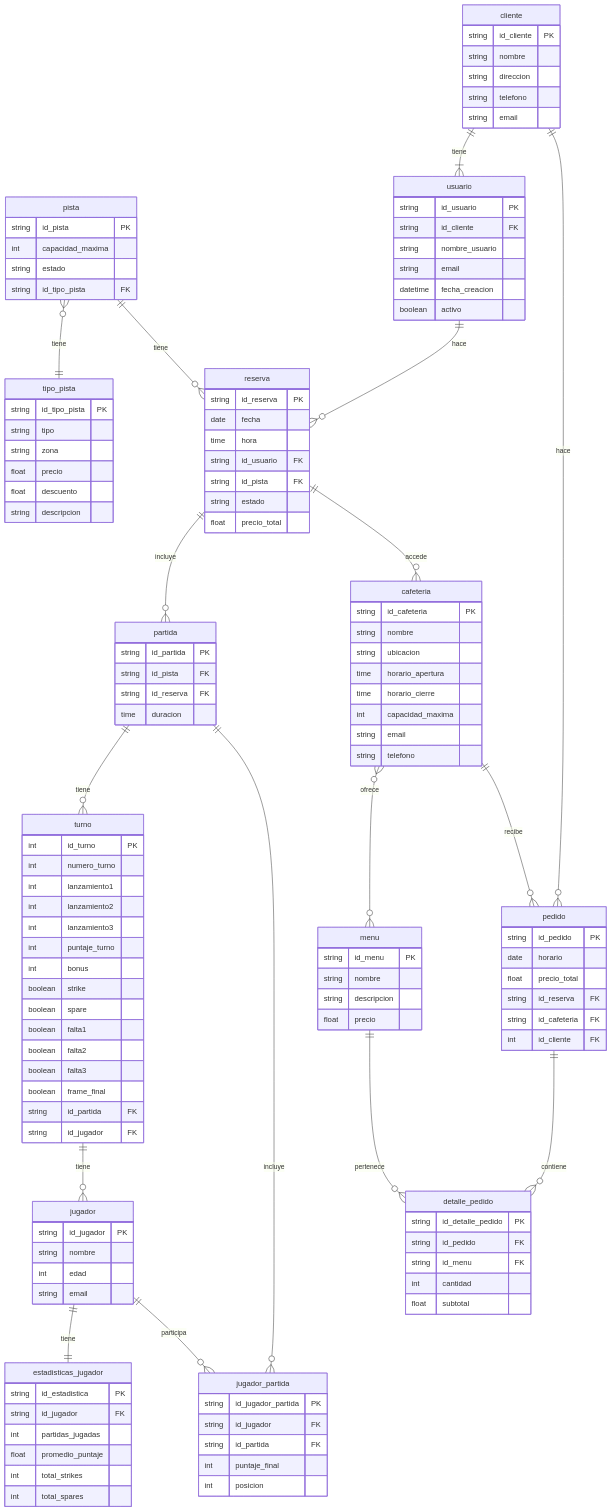
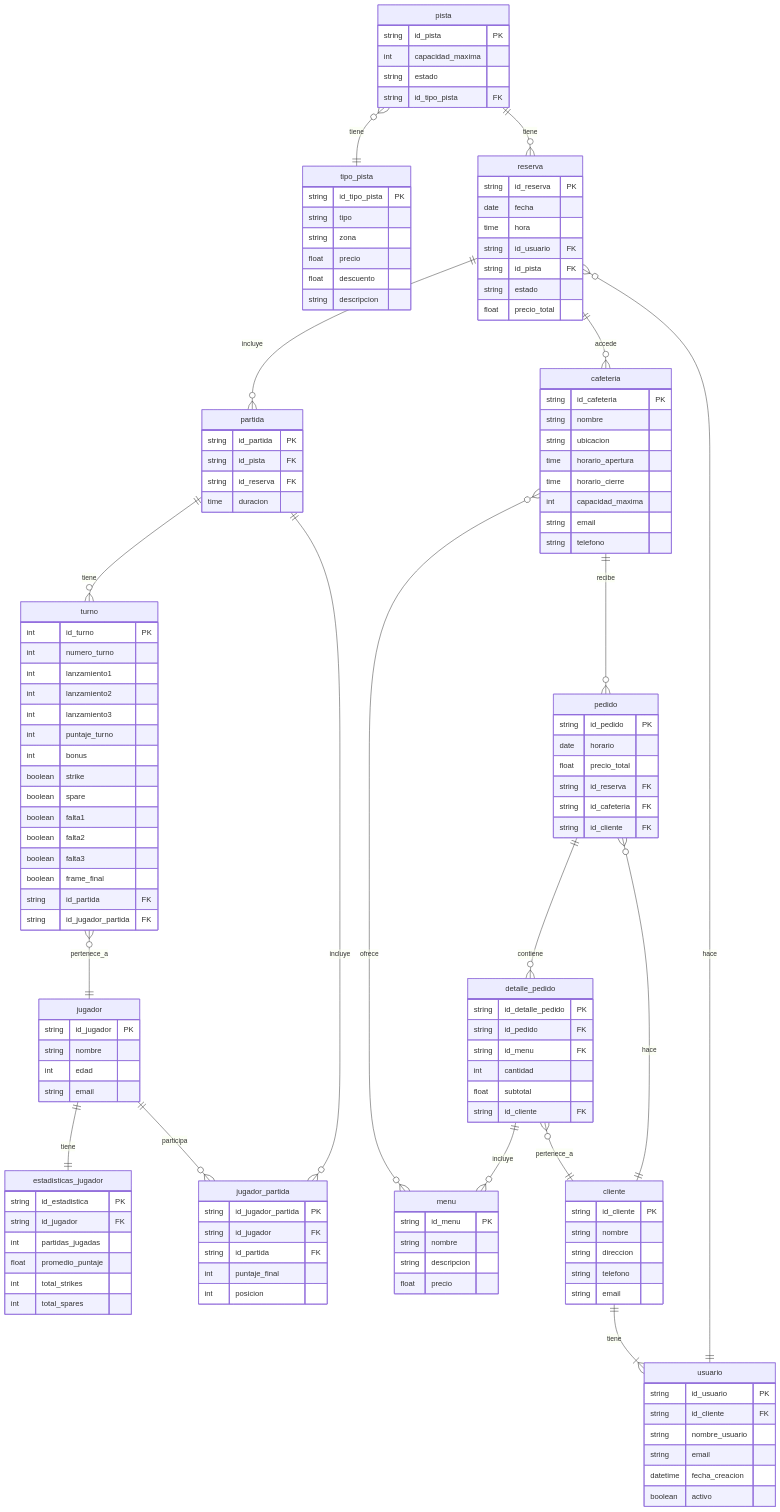
One commit to Villada-PG3/trabajo-practico-integrador-centro-bowling changed the diagram in centro_bowling.mermaid. Above: the diagram before and after it, drawn with Mermaid.

Commit message:
reformo el esqueleto y conexiones

```diff
--- a/centro_bowling.mermaid
+++ b/centro_bowling.mermaid
@@ -1,144 +1,147 @@
 erDiagram
     jugador ||--|| estadisticas_jugador : tiene
     pista }o--|| tipo_pista : tiene
     pista ||--o{ reserva : tiene
     usuario ||--o{ reserva : hace
     reserva ||--o{ partida : incluye
     partida ||--o{ turno : tiene
-    turno ||--o{ jugador : tiene
+    turno }o--|| jugador : pertenece_a
     reserva ||--o{ cafeteria : accede
     cafeteria }o--o{ menu : ofrece
     cafeteria ||--o{ pedido : recibe
     jugador ||--o{ jugador_partida : participa
     partida ||--o{ jugador_partida : incluye
     pedido ||--o{ detalle_pedido : contiene
-    menu ||--o{ detalle_pedido : pertenece
     cliente ||--|{ usuario : tiene
     cliente ||--o{ pedido : hace
+    detalle_pedido ||--o{ menu : incluye    
+    detalle_pedido }o--|| cliente : pertenece_a
+
 
     estadisticas_jugador {
         string id_estadistica PK
         string id_jugador FK
         int partidas_jugadas
         float promedio_puntaje
         int total_strikes
         int total_spares
     }
 
     usuario {
         string id_usuario PK
         string id_cliente FK
         string nombre_usuario
         string email
         datetime fecha_creacion
         boolean activo
     }
 
     pista {
         string id_pista PK
         int capacidad_maxima
         string estado
         string id_tipo_pista FK
     }
 
     tipo_pista {
         string id_tipo_pista PK
         string tipo
         string zona
         float precio
         float descuento
         string descripcion
     }
 
     cafeteria {
         string id_cafeteria PK
         string nombre
         string ubicacion
         time horario_apertura
         time horario_cierre
         int capacidad_maxima
         string email
         string telefono
     }
 
     menu {
         string id_menu PK
         string nombre
         string descripcion
         float precio
     }
 
     pedido {
         string id_pedido PK
         date horario
         float precio_total
         string id_reserva FK
         string id_cafeteria FK
-        int id_cliente FK
+        string id_cliente FK
     }
 
     detalle_pedido {
         string id_detalle_pedido PK
         string id_pedido FK
         string id_menu FK
         int cantidad
         float subtotal
+        string id_cliente FK
     }
 
     cliente {
         string id_cliente PK
         string nombre
         string direccion
         string telefono
         string email
     }
 
     reserva {
         string id_reserva PK
         date fecha
         time hora
         string id_usuario FK
         string id_pista FK
         string estado
         float precio_total
     }
 
     partida {
         string id_partida PK
         string id_pista FK
         string id_reserva FK
         time duracion
     }
 
     jugador {
         string id_jugador PK
         string nombre
         int edad
         string email
     }    
 
     jugador_partida {
         string id_jugador_partida PK
         string id_jugador FK
         string id_partida FK
         int puntaje_final
         int posicion
     }
 
-     turno {
-    int id_turno PK
-    int numero_turno
-    int lanzamiento1
-    int lanzamiento2
-    int lanzamiento3         
-    int puntaje_turno
-    int bonus
-    boolean strike
-    boolean spare
-    boolean falta1
-    boolean falta2
-    boolean falta3      
-    boolean frame_final
-    string id_partida FK
-    string id_jugador FK
-}
+    turno {
+        int id_turno PK
+        int numero_turno
+        int lanzamiento1
+        int lanzamiento2
+        int lanzamiento3         
+        int puntaje_turno
+        int bonus
+        boolean strike
+        boolean spare
+        boolean falta1
+        boolean falta2
+        boolean falta3      
+        boolean frame_final
+        string id_partida FK
+        string id_jugador_partida FK
+    }
```
